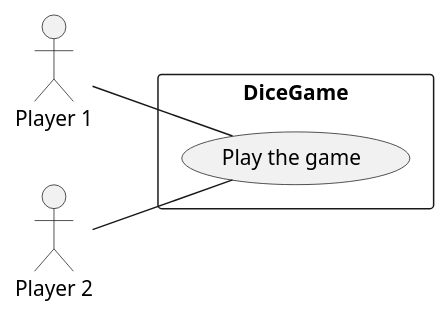
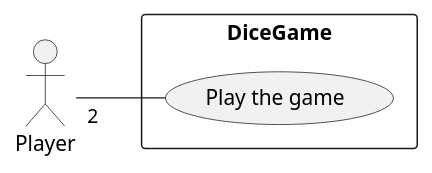
One commit to DTUSoftware/25_del1 changed the diagram in src/main/resources/UseCaseDiagram.puml. Above: the diagram before and after it, drawn with PlantUML. The commit also changed 2 other files, not shown here.

Commit message:
Diagram updates to reflect new GUI code

```diff
--- a/src/main/resources/UseCaseDiagram.puml
+++ b/src/main/resources/UseCaseDiagram.puml
@@ -1,16 +1,14 @@
 @startuml
 'https://plantuml.com/use-case-diagram
 
-actor :Player 1: as Player1
-actor :Player 2: as Player2
+actor :Player: as Player
 
 rectangle DiceGame {
     left to right direction
 
     usecase "Play the game" as Play
 }
 
-Player1 -- (Play)
-Player2 -- (Play)
+Player "2" -- (Play)
 
 @enduml
```
